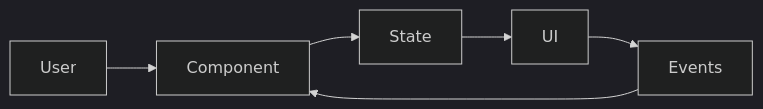
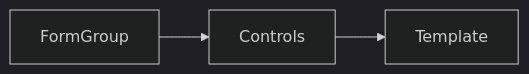
One commit to NehalPatel/603-01-Fundamentals-of-Full-Stack-Web-Development changed the diagram in Markdown Files/UNIT-1/1.3-reactive-forms-in-real-applications.md. Above: the diagram before and after it, drawn with Mermaid (dark theme). The commit also changed other lines of this file and 35 other files, not shown here.

````diff
--- a/Markdown Files/UNIT-1/1.3-reactive-forms-in-real-applications.md
+++ b/Markdown Files/UNIT-1/1.3-reactive-forms-in-real-applications.md
@@ -126,6 +122,5 @@
 ```mermaid
 flowchart LR
-  User-->Component-->State
-  State-->UI
-  UI-->Events-->Component
+  FormGroup --> Controls
+  Controls --> Template
 ```
````
